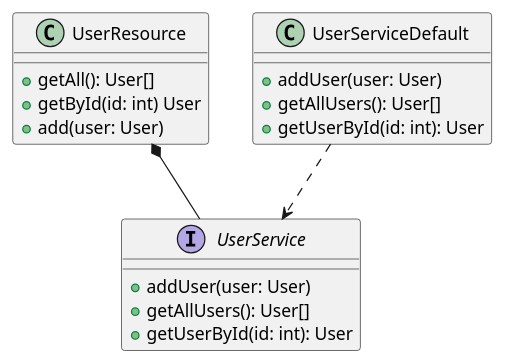
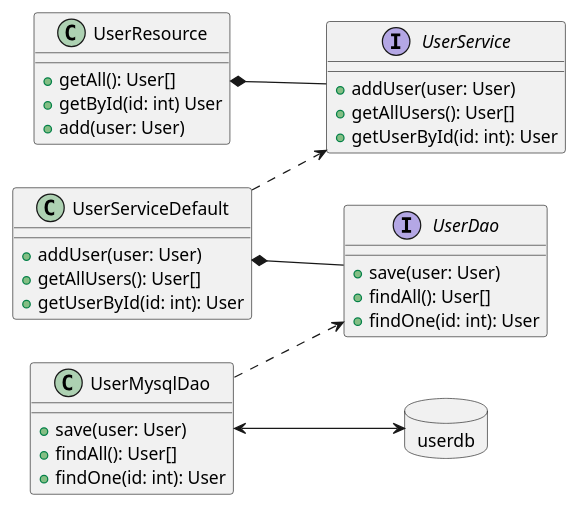
Before and after one commit to ownerofglory/hillel-jackarta-rs-tomcat-jersey-demo: the diagram in classes-weak-dependency.plantuml, drawn with PlantUML. The commit also changed 8 other files, not shown here.

Commit message:
Add workflow, tests and diagrams

```diff
--- a/classes-weak-dependency.plantuml
+++ b/classes-weak-dependency.plantuml
@@ -1,24 +1,44 @@
 @startuml
+left to right direction
 
 class UserResource {
     +getAll(): User[]
     +getById(id: int) User
     +add(user: User)
 }
 
 interface UserService {
     +addUser(user: User)
     +getAllUsers(): User[]
     +getUserById(id: int): User
 }
 
 class UserServiceDefault {
      +addUser(user: User)
      +getAllUsers(): User[]
      +getUserById(id: int): User
 }
 
+interface UserDao {
+    +save(user: User)
+    +findAll(): User[]
+    +findOne(id: int): User
+}
+
+class UserMysqlDao {
+    +save(user: User)
+    +findAll(): User[]
+    +findOne(id: int): User
+}
+
+allowmixing
+database userdb
+
+
 UserResource *-- UserService
 UserServiceDefault ..> UserService
+UserServiceDefault *-- UserDao
+UserMysqlDao ..>UserDao
+UserMysqlDao <--> userdb
 
 @enduml
```
